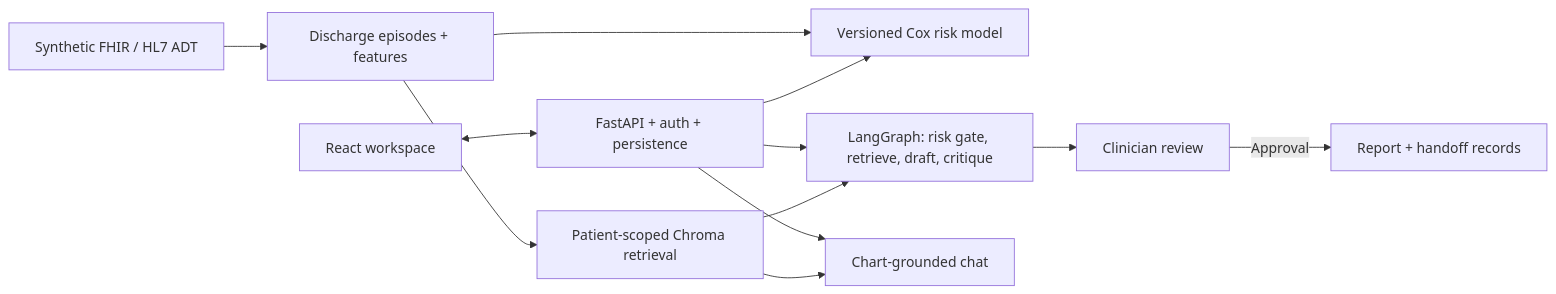
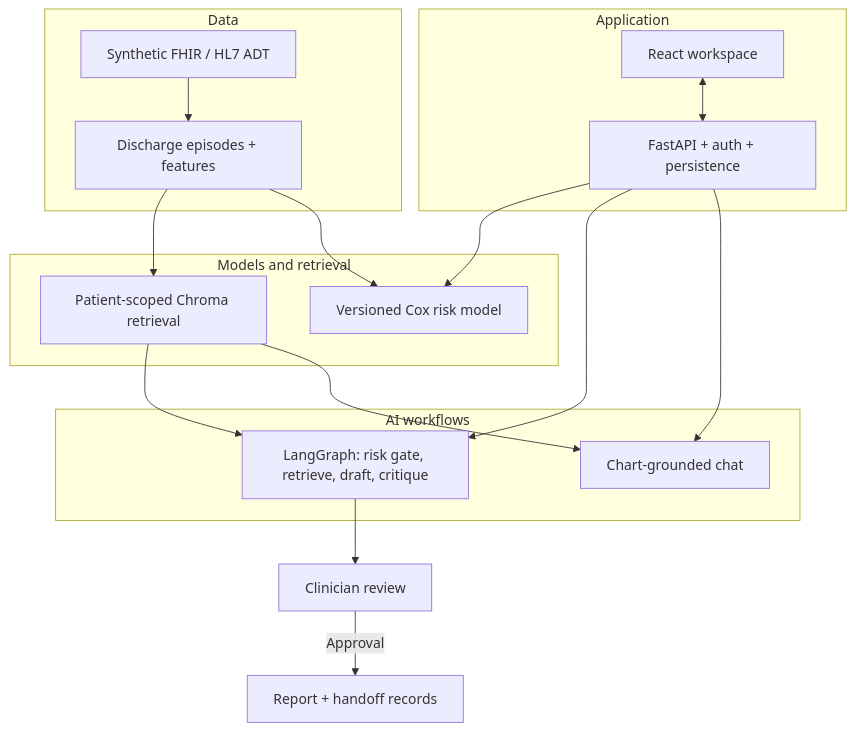
Before and after one commit to Day-Raval/Care-Transition-Copilot: the diagram in README.md, drawn with Mermaid. The commit also changed other lines of this file and 2 other files, not shown here.

Commit message:
docs: clarify architecture diagram and refresh test results
- Reorganize the README Mermaid diagram into a top-down layout grouped by
  data, application, models and retrieval, and AI workflows. The previous
  single-row layout rendered with tiny text and clipped the final node on
  GitHub. Components and connections are unchanged.
- Replace the October 14 historical counts with a fresh-clone run on
  2026-11-15: 104 Python passes plus one provisioned-runtime skip, and all
  12 Chromium browser workflows passing.
- Note in tests/README that README counts are dated per run.

Claude-Session: https://claude.ai/code/session_016N8CHUWB3ePnNVSTzQNzj7

````diff
--- a/README.md
+++ b/README.md
@@ -49,14 +49,26 @@
 ```mermaid
-flowchart LR
-    input["Synthetic FHIR / HL7 ADT"] --> ingest["Discharge episodes + features"]
-    ingest --> risk["Versioned Cox risk model"]
-    ingest --> rag["Patient-scoped Chroma retrieval"]
-    ui["React workspace"] <--> api["FastAPI + auth + persistence"]
+flowchart TB
+    subgraph data["Data"]
+        input["Synthetic FHIR / HL7 ADT"] --> ingest["Discharge episodes + features"]
+    end
+    subgraph app["Application"]
+        ui["React workspace"] <--> api["FastAPI + auth + persistence"]
+    end
+    subgraph models["Models and retrieval"]
+        rag["Patient-scoped Chroma retrieval"]
+        risk["Versioned Cox risk model"]
+    end
+    subgraph ai["AI workflows"]
+        agents["LangGraph: risk gate, retrieve, draft, critique"]
+        chat["Chart-grounded chat"]
+    end
+    ingest --> rag
+    ingest --> risk
     api --> risk
-    api --> agents["LangGraph: risk gate, retrieve, draft, critique"]
+    api --> agents
+    api --> chat
     rag --> agents
+    rag --> chat
     agents --> review["Clinician review"]
     review -->|Approval| saved["Report + handoff records"]
-    api --> chat["Chart-grounded chat"]
-    rag --> chat
 ```
````
